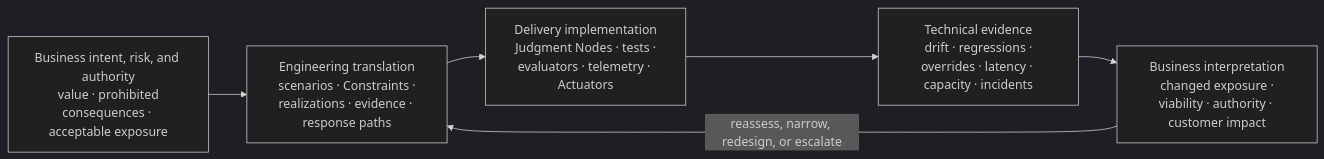
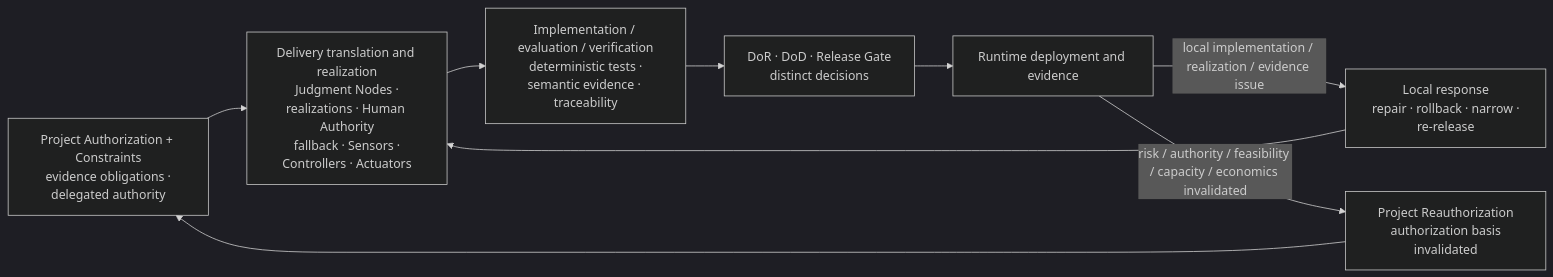
One commit to UncertaintyArchitectureGroup/uncertainty-architecture changed diagram 12 of 15 in content/research/notes/open-engineering-specification-article-draft.md. Above: the diagram before and after it, drawn with Mermaid (dark theme). The commit also changed other lines of this file and 1 other file, not shown here.

````diff
--- a/content/research/notes/open-engineering-specification-article-draft.md
+++ b/content/research/notes/open-engineering-specification-article-draft.md
@@ -616,11 +663,14 @@
 ```mermaid
 flowchart LR
-    BR["Business intent, risk, and authority<br/> value · prohibited consequences · acceptable exposure"]
-    ENG["Engineering translation<br/> scenarios · Constraints · realizations · evidence · response paths"]
-    IMP["Delivery implementation<br/> Judgment Nodes · tests · evaluators · telemetry · Actuators"]
-    TECH["Technical evidence<br/> drift · regressions · overrides · latency · capacity · incidents"]
-    BEXP["Business interpretation<br/> changed exposure · viability · authority · customer impact"]
+    P["Project Authorization + Constraints<br/> evidence obligations · delegated authority"]
+    ENG["Delivery translation and realization<br/> Judgment Nodes · realizations · Human Authority<br/> fallback · Sensors · Controllers · Actuators"]
+    VER["Implementation / evaluation / verification<br/> deterministic tests · semantic evidence · traceability"]
+    G["DoR · DoD · Release Gate<br/> distinct decisions"]
+    RUN["Runtime deployment and evidence"]
+    LOCAL["Local response<br/> repair · rollback · narrow · re-release"]
+    REAUTH["Project Reauthorization<br/> authorization basis invalidated"]
 
-    BR --> ENG --> IMP --> TECH --> BEXP
-    BEXP -->|reassess, narrow, redesign, or escalate| ENG
+    P --> ENG --> VER --> G --> RUN
+    RUN -->|local implementation / realization / evidence issue| LOCAL --> ENG
+    RUN -->|risk / authority / feasibility / capacity / economics invalidated| REAUTH --> P
 ```
````
